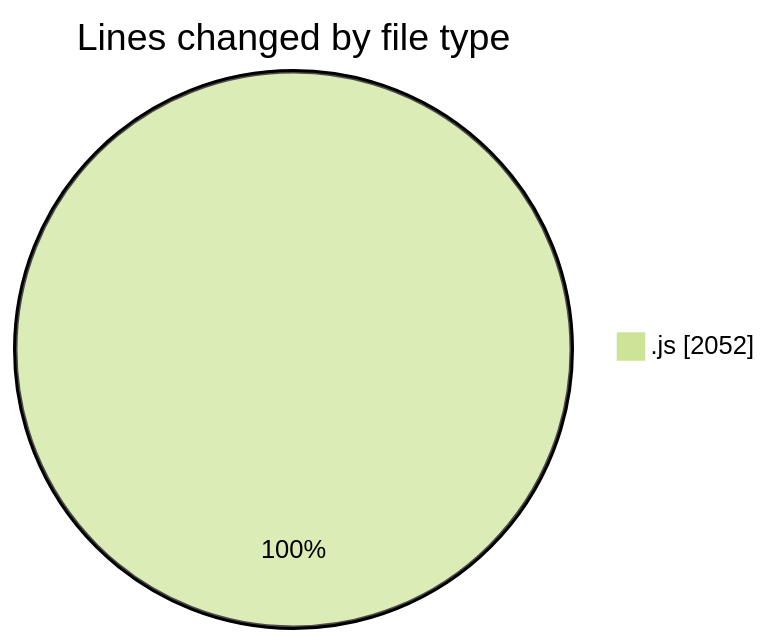
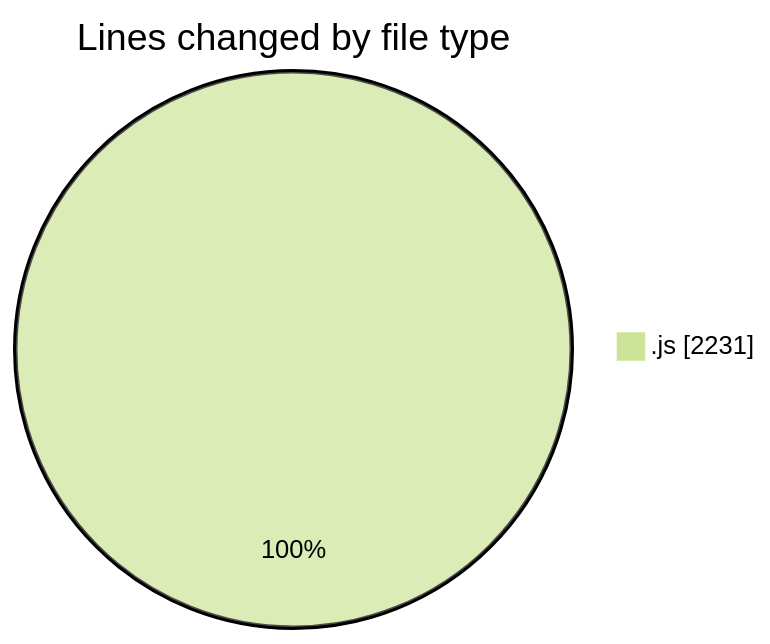
Before and after one commit to nxtqubesakshisongat/code-tracking: the first of 2 diagrams in 2025-10-15/nxtqube_webapp/README.md, drawn with Mermaid (forest theme). The commit also changed other lines of this file and 1 other file, not shown here.

````diff
--- a/2025-10-15/nxtqube_webapp/README.md
+++ b/2025-10-15/nxtqube_webapp/README.md
@@ -20,5 +20,5 @@
 ```mermaid
 pie showData
 title Lines changed by file type
-".js" : 2052
+".js" : 2231
 ```
````
